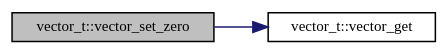
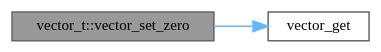
Before and after one commit to evjeesm/vector: the diagram in docs/group__Vector_gaf3eaea4a3a47741f46eae9ae6e984ef2_cgraph.dot, drawn with Graphviz. The commit also changed 166 other files, not shown here.

```diff
--- a/docs/group__Vector_gaf3eaea4a3a47741f46eae9ae6e984ef2_cgraph.dot
+++ b/docs/group__Vector_gaf3eaea4a3a47741f46eae9ae6e984ef2_cgraph.dot
@@ -1,12 +1,12 @@
 digraph "vector_t::vector_set_zero"
 {
  // INTERACTIVE_SVG=YES
  // LATEX_PDF_SIZE
   bgcolor="transparent";
-  edge [fontname="Mononoki",fontsize="10",labelfontname="Mononoki",labelfontsize="10"];
-  node [fontname="Mononoki",fontsize="10",shape=record];
+  edge [fontname=Mononoki,fontsize=10,labelfontname=Mononoki,labelfontsize=10];
+  node [fontname=Mononoki,fontsize=10,shape=box,height=0.2,width=0.4];
   rankdir="LR";
-  Node1 [label="vector_t::vector_set_zero",height=0.2,width=0.4,color="black", fillcolor="grey75", style="filled", fontcolor="black",tooltip="Sets element at given index to a zero value."];
-  Node1 -> Node2 [color="midnightblue",fontsize="10",style="solid",fontname="Mononoki"];
-  Node2 [label="vector_t::vector_get",height=0.2,width=0.4,color="black",URL="$group__Vector.html#ga9437d9506a3b2799f595c88b82f160b3",tooltip="Returns pointer for the element at index."];
+  Node1 [id="Node000001",label="vector_t::vector_set_zero",height=0.2,width=0.4,color="gray40", fillcolor="grey60", style="filled", fontcolor="black",tooltip="Sets element at given index to a zero value."];
+  Node1 -> Node2 [id="edge1_Node000001_Node000002",color="steelblue1",style="solid",tooltip=" "];
+  Node2 [id="Node000002",label="vector_get",height=0.2,width=0.4,color="grey40", fillcolor="white", style="filled",URL="$group__Vector.html#ga9437d9506a3b2799f595c88b82f160b3",tooltip="Returns pointer for the element at index."];
 }
```
